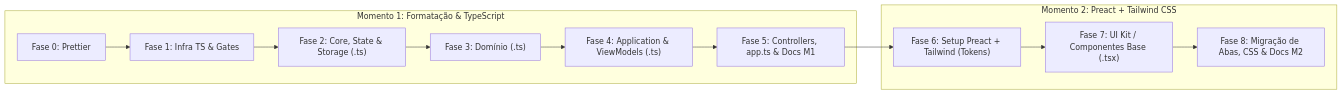
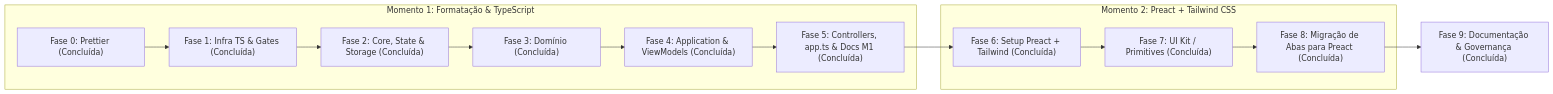
Before and after one commit to vitoriapac/Extrato: the first of 2 diagrams in docs/PLANO-MODERNIZACAO-TS-PREACT-TAILWIND.md, drawn with Mermaid. The commit also changed other lines of this file and 10 other files, not shown here.

Commit message:
feat(achievements): fatiar conquistas e badges do app.ts para achievements-controller

````diff
--- a/docs/PLANO-MODERNIZACAO-TS-PREACT-TAILWIND.md
+++ b/docs/PLANO-MODERNIZACAO-TS-PREACT-TAILWIND.md
@@ -12,15 +12,16 @@
 ```mermaid
 flowchart LR
   subgraph M1["Momento 1: Formatação & TypeScript"]
-    P0["Fase 0: Prettier"] --> P1["Fase 1: Infra TS & Gates"]
-    P1 --> P2["Fase 2: Core, State & Storage (.ts)"]
-    P2 --> P3["Fase 3: Domínio (.ts)"]
-    P3 --> P4["Fase 4: Application & ViewModels (.ts)"]
-    P4 --> P5["Fase 5: Controllers, app.ts & Docs M1"]
+    P0["Fase 0: Prettier (Concluída)"] --> P1["Fase 1: Infra TS & Gates (Concluída)"]
+    P1 --> P2["Fase 2: Core, State & Storage (Concluída)"]
+    P2 --> P3["Fase 3: Domínio (Concluída)"]
+    P3 --> P4["Fase 4: Application & ViewModels (Concluída)"]
+    P4 --> P5["Fase 5: Controllers, app.ts & Docs M1 (Concluída)"]
   end
   subgraph M2["Momento 2: Preact + Tailwind CSS"]
-    P6["Fase 6: Setup Preact + Tailwind (Tokens)"] --> P7["Fase 7: UI Kit / Componentes Base (.tsx)"]
-    P7 --> P8["Fase 8: Migração de Abas, CSS & Docs M2"]
+    P6["Fase 6: Setup Preact + Tailwind (Concluída)"] --> P7["Fase 7: UI Kit / Primitives (Concluída)"]
+    P7 --> P8["Fase 8: Migração de Abas para Preact (Concluída)"]
   end
   P5 --> P6
+  P8 --> P9["Fase 9: Documentação & Governança (Concluída)"]
 ```
````
